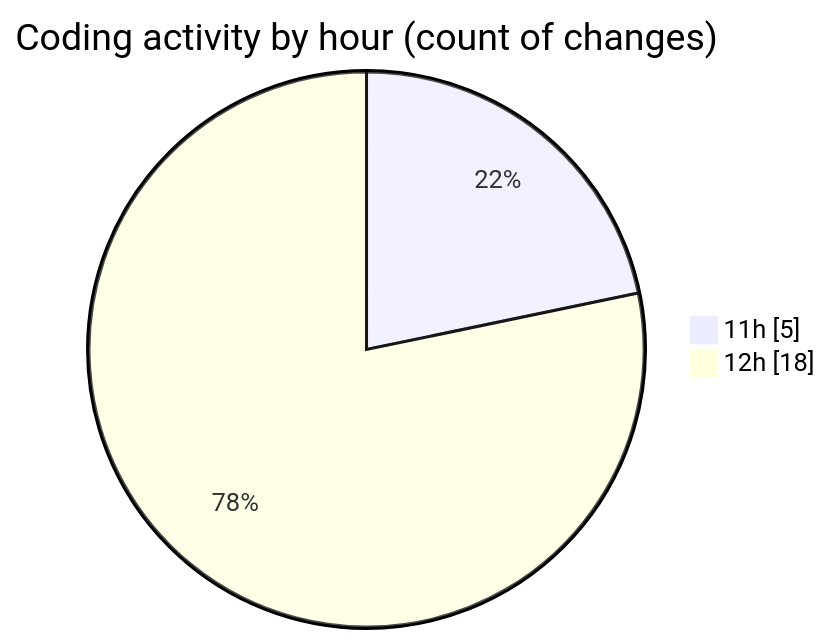
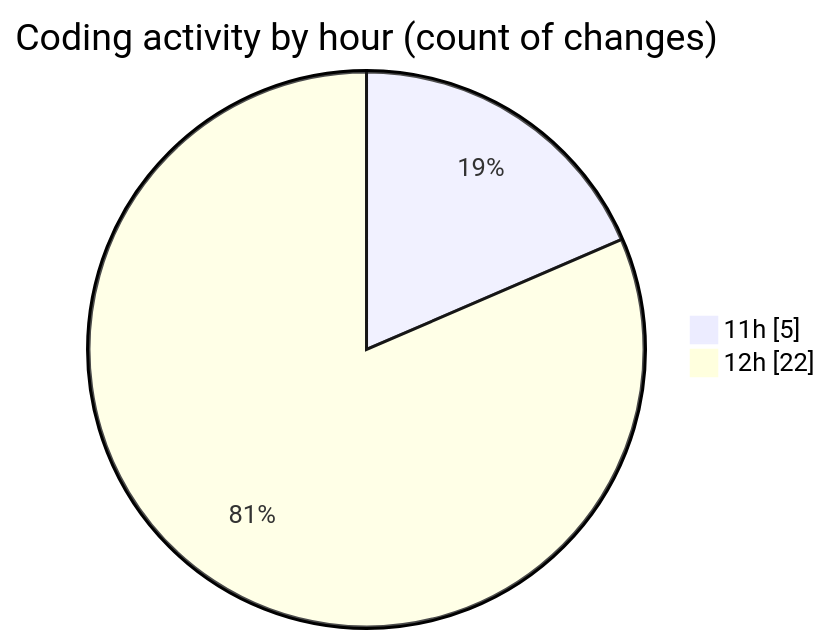
The second of 2 diagrams in 2025-12-31/nxtqube_webapp/README.md (nxtqubesakshisongat/code-tracking), drawn with Mermaid before and after one commit. The commit also changed other lines of this file and 1 other file, not shown here.

````diff
--- a/2025-12-31/nxtqube_webapp/README.md
+++ b/2025-12-31/nxtqube_webapp/README.md
@@ -35,6 +36,6 @@
 ```mermaid
 pie showData
 title Coding activity by hour (count of changes)
 "11h" : 5
-"12h" : 18
+"12h" : 22
 ```
````
